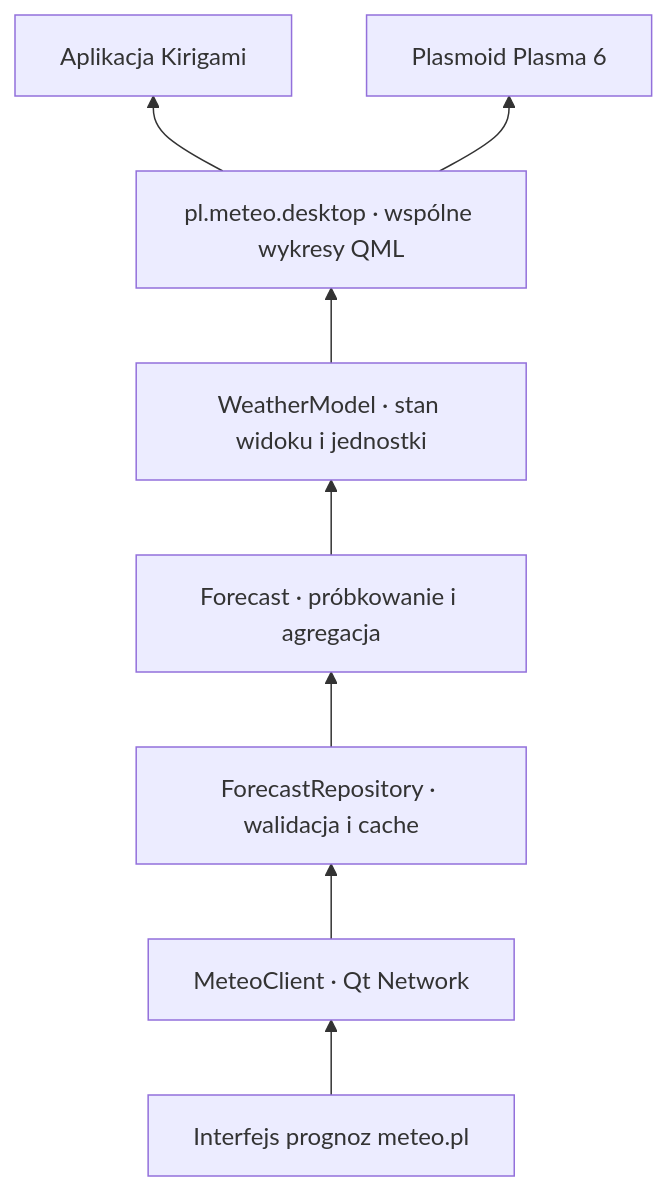
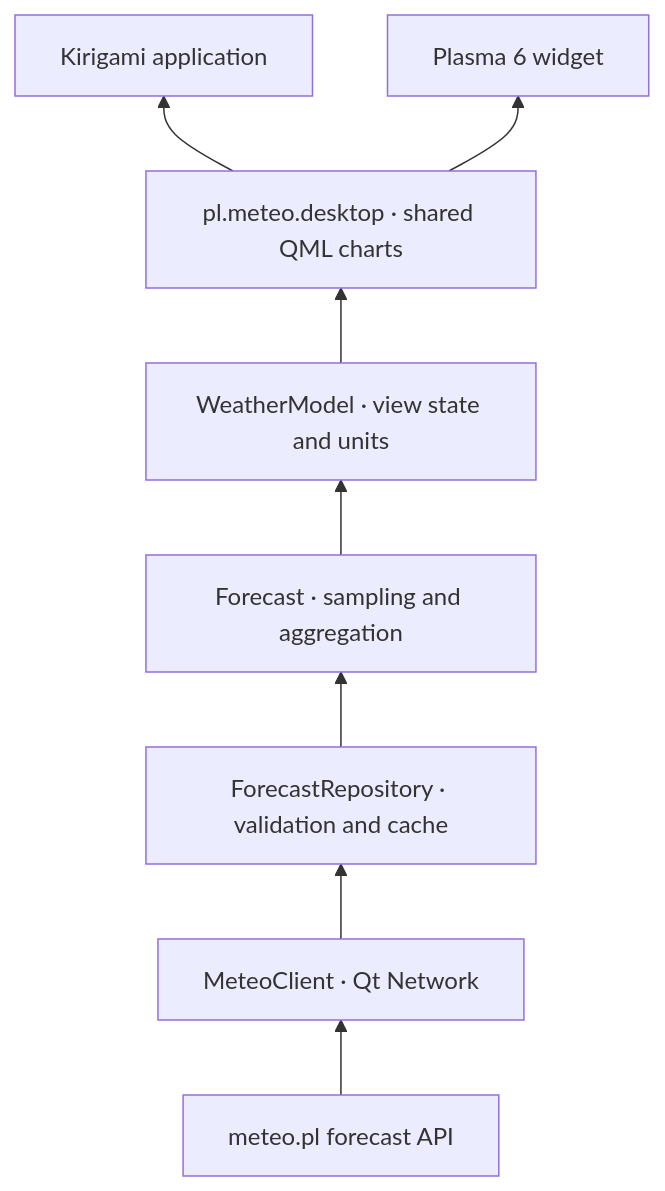
The diagram in docs/architecture.md (kapiwko/meteo-pl), drawn with Mermaid before and after one commit. The commit also changed other lines of this file and 7 other files, not shown here.

````diff
--- a/docs/architecture.md
+++ b/docs/architecture.md
@@ -8,10 +8,10 @@
 ```mermaid
 flowchart BT
-    API[Interfejs prognoz meteo.pl] --> Network[MeteoClient · Qt Network]
-    Network --> Repository[ForecastRepository · walidacja i cache]
-    Repository --> Core[Forecast · próbkowanie i agregacja]
-    Core --> Model[WeatherModel · stan widoku i jednostki]
-    Model --> QML[pl.meteo.desktop · wspólne wykresy QML]
-    QML --> App[Aplikacja Kirigami]
-    QML --> Plasma[Plasmoid Plasma 6]
+    API[meteo.pl forecast API] --> Network[MeteoClient · Qt Network]
+    Network --> Repository[ForecastRepository · validation and cache]
+    Repository --> Core[Forecast · sampling and aggregation]
+    Core --> Model[WeatherModel · view state and units]
+    Model --> QML[pl.meteo.desktop · shared QML charts]
+    QML --> App[Kirigami application]
+    QML --> Plasma[Plasma 6 widget]
 ```
````
